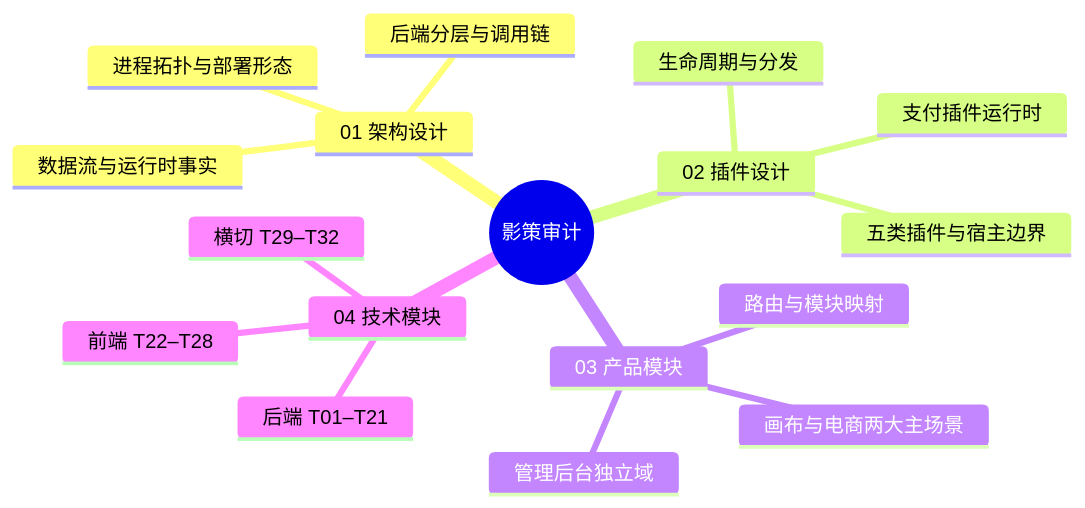
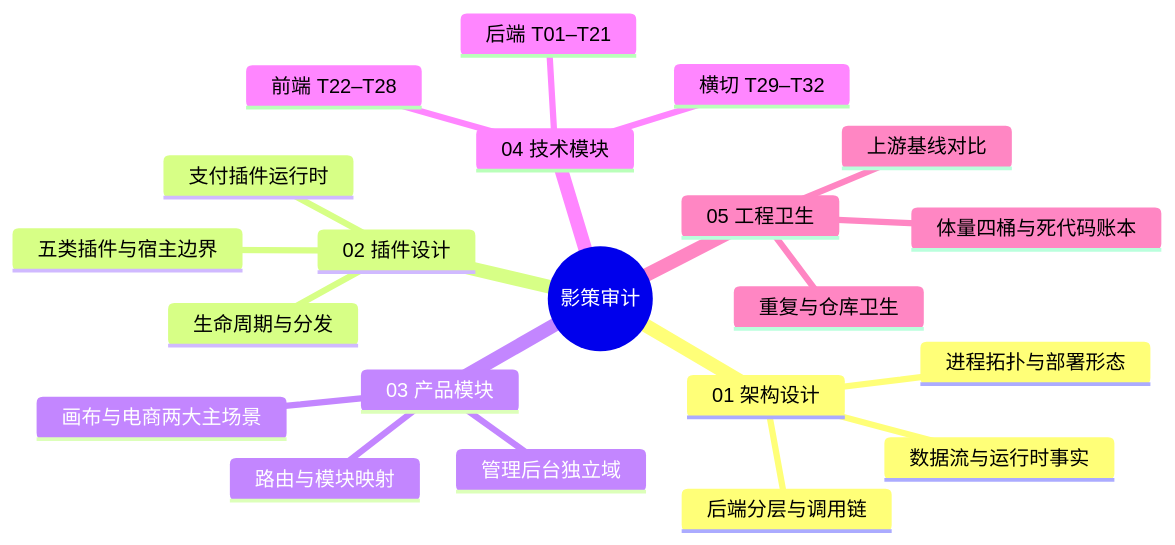
One commit to 854771076/open-ai-canvas changed the diagram in audit/README.md. Above: the diagram before and after it, drawn with Mermaid. The commit also changed other lines of this file and 6 other files, not shown here.

````diff
--- a/audit/README.md
+++ b/audit/README.md
@@ -9,20 +9,24 @@
 ```mermaid
 mindmap
   root((影策审计))
     01 架构设计
       进程拓扑与部署形态
       后端分层与调用链
       数据流与运行时事实
     02 插件设计
       五类插件与宿主边界
       支付插件运行时
       生命周期与分发
     03 产品模块
       路由与模块映射
       画布与电商两大主场景
       管理后台独立域
     04 技术模块
       后端 T01–T21
       前端 T22–T28
       横切 T29–T32
+    05 工程卫生
+      体量四桶与死代码账本
+      重复与仓库卫生
+      上游基线对比
 ```
````
